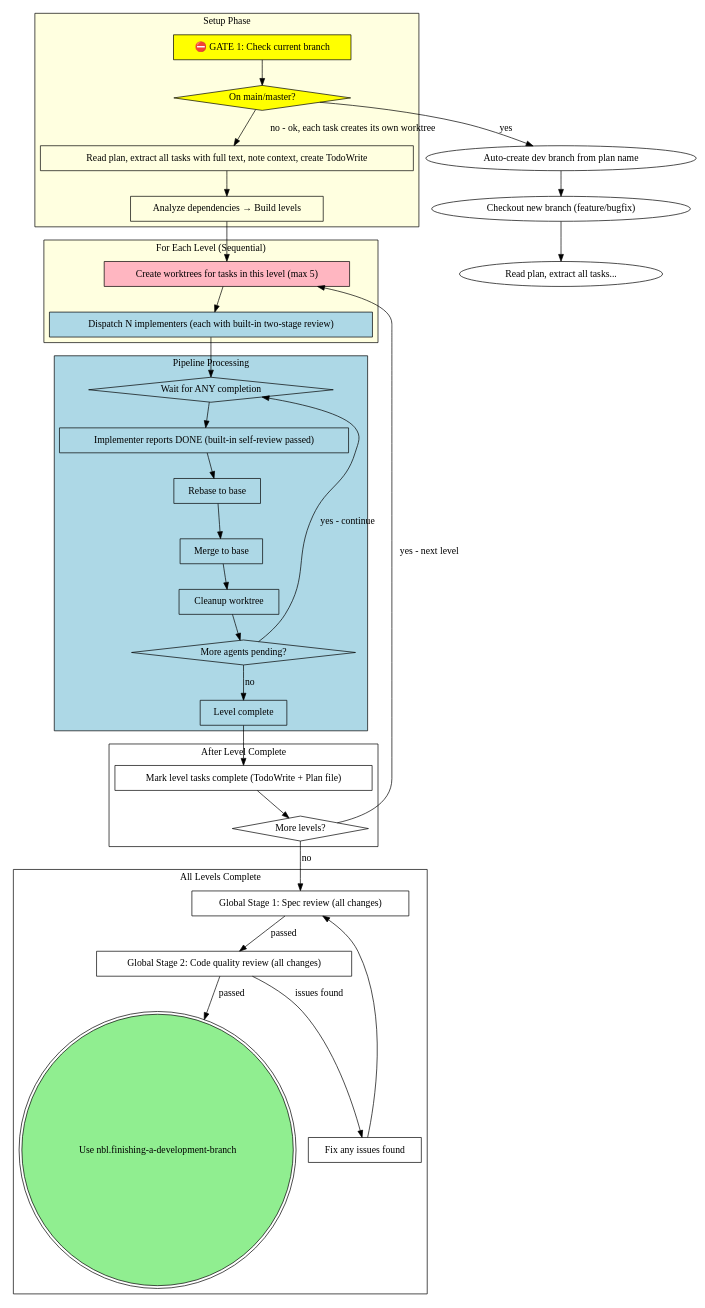
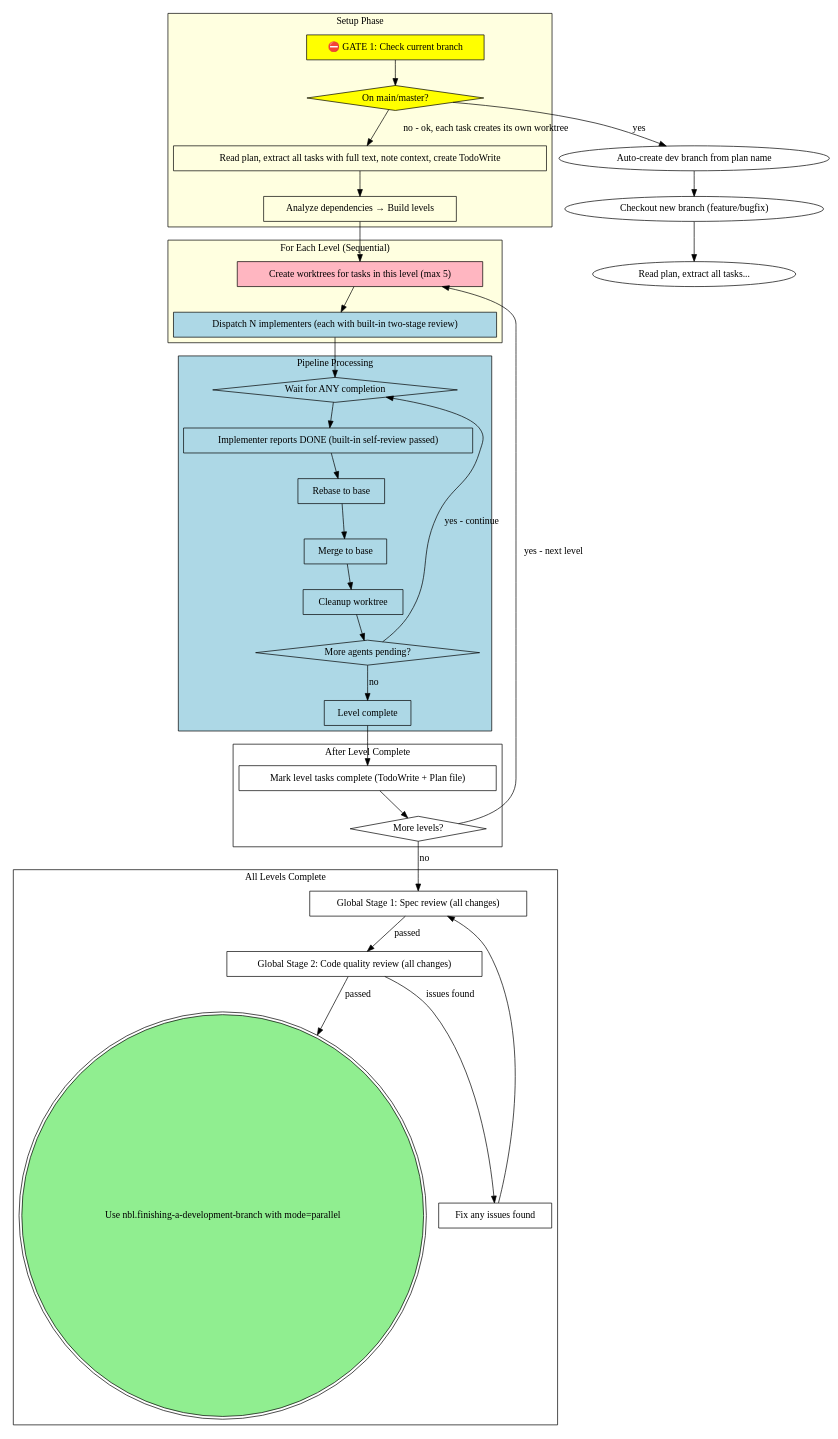
Before and after one commit to icefrag/nbl-superpowers: the second of 2 diagrams in skills/nbl.parallel-subagent-driven-development/SKILL.md, drawn with Graphviz. The commit also changed other lines of this file, not shown here.

Commit message:
docs: call finishing with mode=parallel for auto completion

````diff
--- a/skills/nbl.parallel-subagent-driven-development/SKILL.md
+++ b/skills/nbl.parallel-subagent-driven-development/SKILL.md
@@ -273,78 +273,78 @@
 ```dot
 digraph process {
     rankdir=TB;
 
     subgraph cluster_setup {
         label="Setup Phase";
         style=filled fillcolor=lightyellow;
         "⛔ GATE 1: Check current branch" [shape=box style=filled fillcolor=yellow];
         "On main/master?" [shape=diamond style=filled fillcolor=yellow];
         "Read plan, extract all tasks with full text, note context, create TodoWrite" [shape=box];
         "Analyze dependencies → Build levels" [shape=box];
     }
 
     subgraph cluster_level_loop {
         label="For Each Level (Sequential)";
         style=filled fillcolor=lightyellow;
         "Create worktrees for tasks in this level (max 5)" [shape=box style=filled fillcolor=lightpink];
         "Dispatch N implementers (each with built-in two-stage review)" [shape=box style=filled fillcolor=lightblue];
     }
 
     // Pre-execution flow
     "⛔ GATE 1: Check current branch" -> "On main/master?";
     "On main/master?" -> "Read plan, extract all tasks with full text, note context, create TodoWrite" [label="no - ok, each task creates its own worktree"];
     "On main/master?" -> "Auto-create dev branch from plan name" [label="yes"];
     "Auto-create dev branch from plan name" -> "Checkout new branch (feature/bugfix)" -> "Read plan, extract all tasks...";
 
     subgraph cluster_pipeline {
         label="Pipeline Processing";
         style=filled fillcolor=lightblue;
         "Wait for ANY completion" [shape=diamond];
         "Implementer reports DONE (built-in self-review passed)" [shape=box];
         "Rebase to base" [shape=box];
         "Merge to base" [shape=box];
         "Cleanup worktree" [shape=box];
         "More agents pending?" [shape=diamond];
         "Level complete" [shape=box];
     }
 
     subgraph cluster_cleanup {
         label="After Level Complete";
         "Mark level tasks complete (TodoWrite + Plan file)" [shape=box];
         "More levels?" [shape=diamond];
     }
 
     subgraph cluster_finish {
         label="All Levels Complete";
         "Global Stage 1: Spec review (all changes)" [shape=box];
         "Global Stage 2: Code quality review (all changes)" [shape=box];
         "Fix any issues found" [shape=box];
-        "Use nbl.finishing-a-development-branch" [shape=doublecircle style=filled fillcolor=lightgreen];
+        "Use nbl.finishing-a-development-branch with mode=parallel" [shape=doublecircle style=filled fillcolor=lightgreen];
     }
 
     // Setup flow
     "Read plan, extract all tasks with full text, note context, create TodoWrite" -> "Analyze dependencies → Build levels";
     "Analyze dependencies → Build levels" -> "Create worktrees for tasks in this level (max 5)";
     "Create worktrees for tasks in this level (max 5)" -> "Dispatch N implementers (each with built-in two-stage review)";
 
     // Pipeline processing
     "Dispatch N implementers (each with built-in two-stage review)" -> "Wait for ANY completion";
     "Wait for ANY completion" -> "Implementer reports DONE (built-in self-review passed)";
     "Implementer reports DONE (built-in self-review passed)" -> "Rebase to base";
     "Rebase to base" -> "Merge to base";
     "Merge to base" -> "Cleanup worktree";
     "Cleanup worktree" -> "More agents pending?";
     "More agents pending?" -> "Wait for ANY completion" [label="yes - continue"];
     "More agents pending?" -> "Level complete" [label="no"];
 
     // Cleanup flow
     "Level complete" -> "Mark level tasks complete (TodoWrite + Plan file)";
     "Mark level tasks complete (TodoWrite + Plan file)" -> "More levels?";
     "More levels?" -> "Create worktrees for tasks in this level (max 5)" [label="yes - next level"];
     "More levels?" -> "Global Stage 1: Spec review (all changes)" [label="no"];
     "Global Stage 1: Spec review (all changes)" -> "Global Stage 2: Code quality review (all changes)" [label="passed"];
     "Global Stage 2: Code quality review (all changes)" -> "Fix any issues found" [label="issues found"];
     "Fix any issues found" -> "Global Stage 1: Spec review (all changes)";
-    "Global Stage 2: Code quality review (all changes)" -> "Use nbl.finishing-a-development-branch" [label="passed"];
+    "Global Stage 2: Code quality review (all changes)" -> "Use nbl.finishing-a-development-branch with mode=parallel" [label="passed"];
 }
 ```
````
